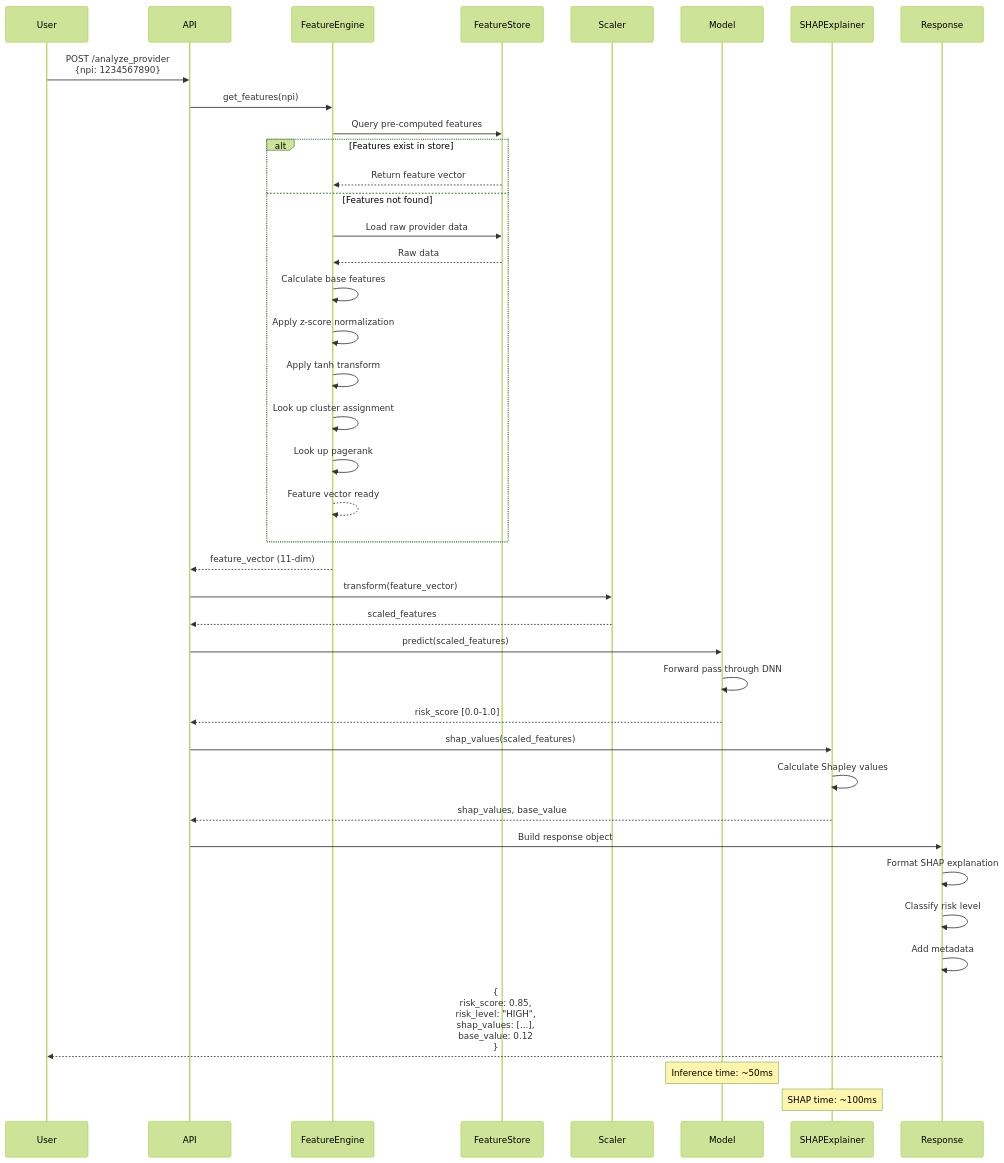
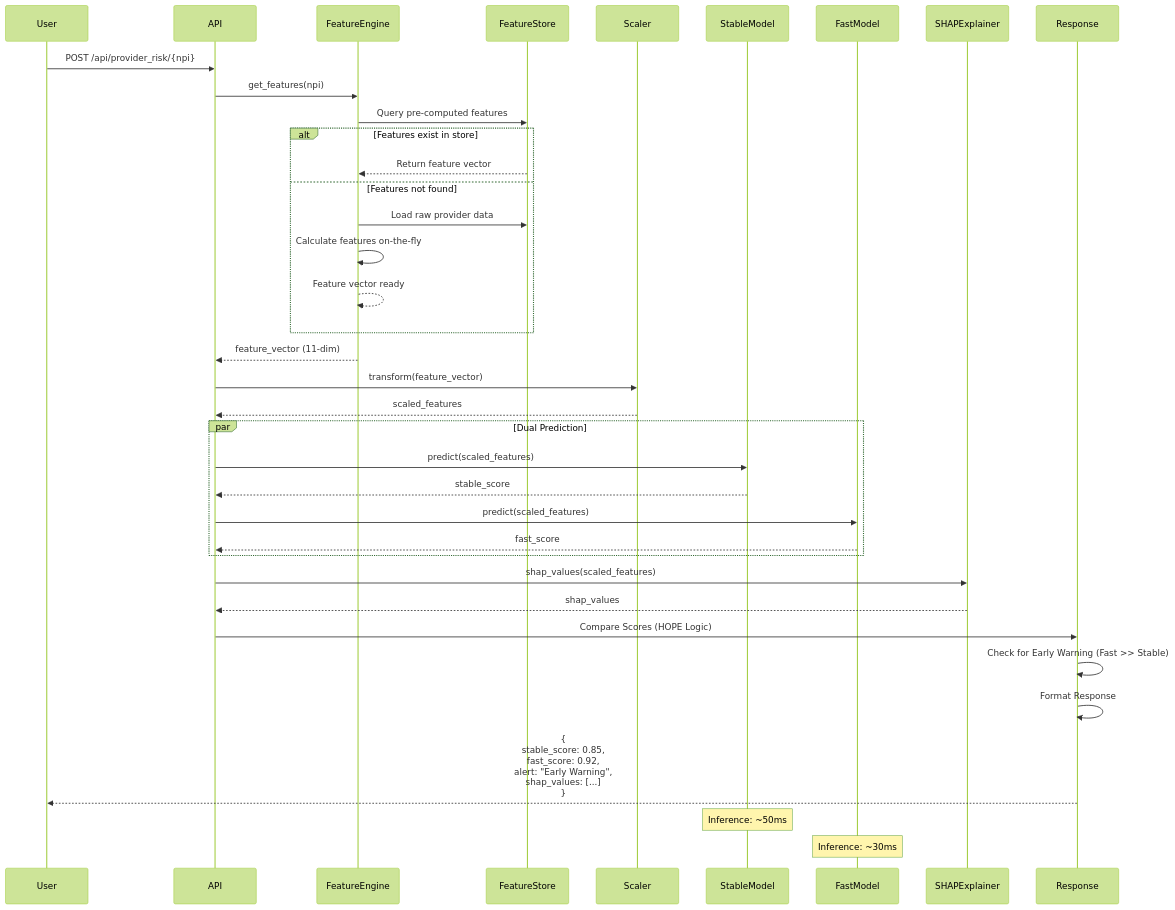
The third of 17 diagrams in docs/ML_PIPELINE_ALGORITHMS.md (UCKalyan/HealthCareFraudDetection), drawn with Mermaid (forest theme) before and after one commit. The commit also changed other lines of this file and 146 other files, not shown here.

````diff
--- a/docs/ML_PIPELINE_ALGORITHMS.md
+++ b/docs/ML_PIPELINE_ALGORITHMS.md
@@ -204,53 +204,50 @@
 ```mermaid
 sequenceDiagram
     participant User
     participant API
     participant FeatureEngine
     participant FeatureStore
     participant Scaler
-    participant Model
+    participant StableModel
+    participant FastModel
     participant SHAPExplainer
     participant Response
     
-    User->>API: POST /analyze_provider<br/>{npi: 1234567890}
+    User->>API: POST /api/provider_risk/{npi}
     
     API->>FeatureEngine: get_features(npi)
     
     FeatureEngine->>FeatureStore: Query pre-computed features
     
     alt Features exist in store
         FeatureStore-->>FeatureEngine: Return feature vector
     else Features not found
         FeatureEngine->>FeatureStore: Load raw provider data
-        FeatureStore-->>FeatureEngine: Raw data
-        FeatureEngine->>FeatureEngine: Calculate base features
-        FeatureEngine->>FeatureEngine: Apply z-score normalization
-        FeatureEngine->>FeatureEngine: Apply tanh transform
-        FeatureEngine->>FeatureEngine: Look up cluster assignment
-        FeatureEngine->>FeatureEngine: Look up pagerank
+        FeatureEngine->>FeatureEngine: Calculate features on-the-fly
         FeatureEngine-->>FeatureEngine: Feature vector ready
     end
     
     FeatureEngine-->>API: feature_vector (11-dim)
     
     API->>Scaler: transform(feature_vector)
     Scaler-->>API: scaled_features
     
-    API->>Model: predict(scaled_features)
-    Model->>Model: Forward pass through DNN
-    Model-->>API: risk_score [0.0-1.0]
+    par Dual Prediction
+        API->>StableModel: predict(scaled_features)
+        StableModel-->>API: stable_score
+        API->>FastModel: predict(scaled_features)
+        FastModel-->>API: fast_score
+    end
     
     API->>SHAPExplainer: shap_values(scaled_features)
-    SHAPExplainer->>SHAPExplainer: Calculate Shapley values
-    SHAPExplainer-->>API: shap_values, base_value
+    SHAPExplainer-->>API: shap_values
     
-    API->>Response: Build response object
-    Response->>Response: Format SHAP explanation
-    Response->>Response: Classify risk level
-    Response->>Response: Add metadata
+    API->>Response: Compare Scores (HOPE Logic)
+    Response->>Response: Check for Early Warning (Fast >> Stable)
+    Response->>Response: Format Response
     
-    Response-->>User: {<br/>  risk_score: 0.85,<br/>  risk_level: "HIGH",<br/>  shap_values: [...],<br/>  base_value: 0.12<br/>}
+    Response-->>User: {<br/>  stable_score: 0.85,<br/>  fast_score: 0.92,<br/>  alert: "Early Warning",<br/>  shap_values: [...]<br/>}
     
-    Note over Model: Inference time: ~50ms
-    Note over SHAPExplainer: SHAP time: ~100ms
+    Note over StableModel: Inference: ~50ms
+    Note over FastModel: Inference: ~30ms
 ```
````
